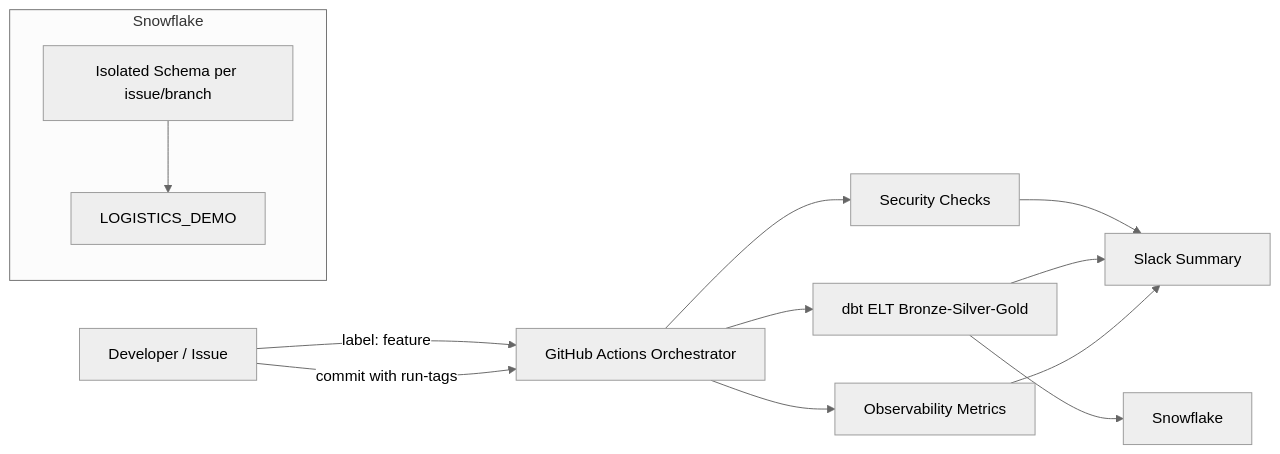
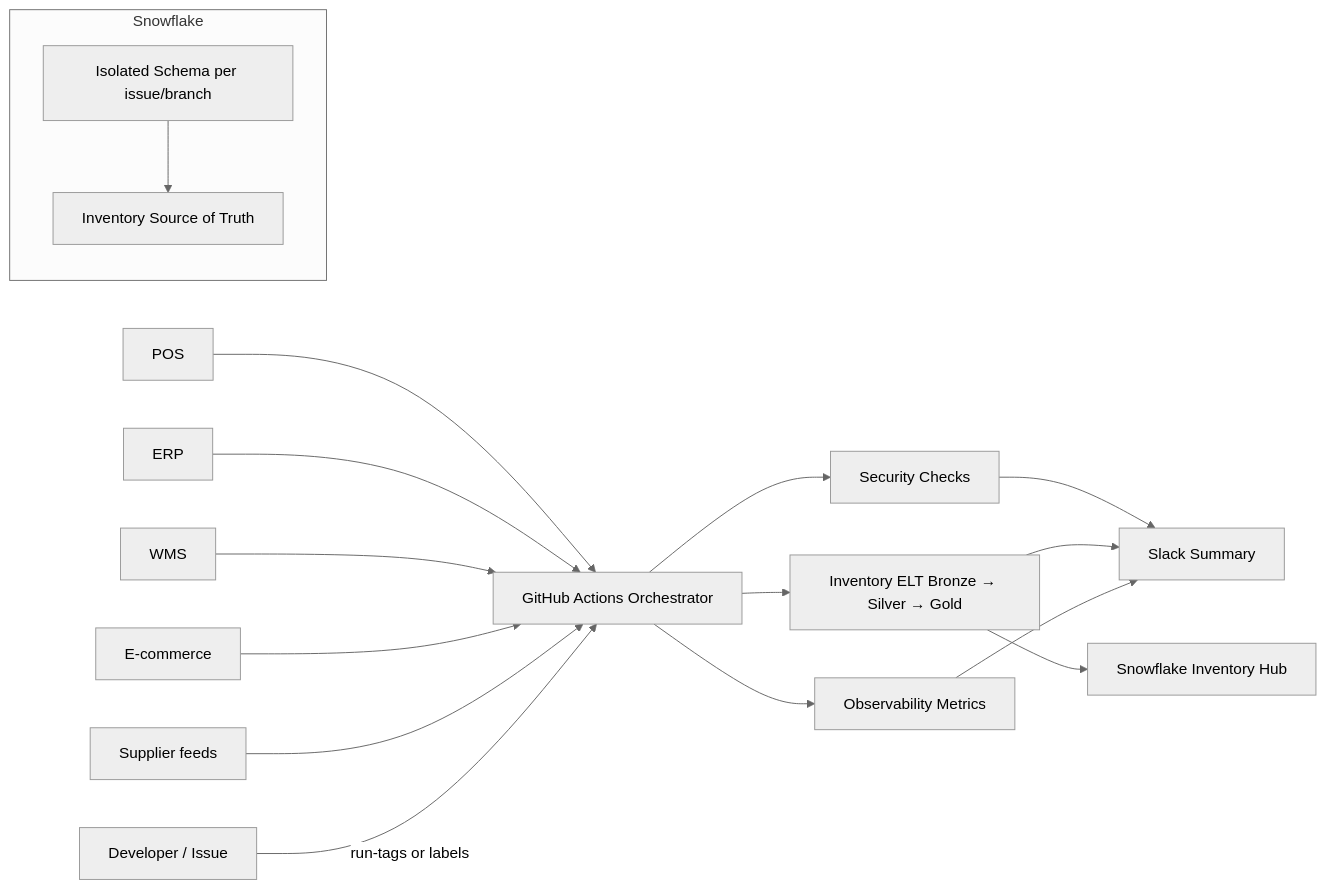
Before and after one commit to org-runink/DataOps_Lab: the first of 2 diagrams in README.md, drawn with Mermaid (neutral theme). The commit also changed other lines of this file and 5 other files, not shown here.

````diff
--- a/README.md
+++ b/README.md
@@ -13,17 +38,21 @@
 ```mermaid
 flowchart LR
-    Dev[Developer / Issue] -->|label: feature| GH[GitHub Actions Orchestrator]
-    Dev -->|commit with run-tags| GH
+    POS[POS] --> GH[GitHub Actions Orchestrator]
+    ERP[ERP] --> GH
+    WMS[WMS] --> GH
+    ECOM[E-commerce] --> GH
+    SUP[Supplier feeds] --> GH
+    Dev[Developer / Issue] -->|run-tags or labels| GH
     GH --> SEC[Security Checks]
-    GH --> ELT[dbt ELT Bronze-Silver-Gold]
+    GH --> ELT[Inventory ELT Bronze → Silver → Gold]
     GH --> OBS[Observability Metrics]
-    ELT --> SNF[Snowflake]
+    ELT --> SNF[Snowflake Inventory Hub]
     SEC --> SLK[Slack Summary]
     ELT --> SLK
     OBS --> SLK
     subgraph Snowflake
       SCH[Isolated Schema per issue/branch]
-      DB[LOGISTICS_DEMO]
-      SCH --> DB
+      HUB[Inventory Source of Truth]
+      SCH --> HUB
     end
 ```
````
